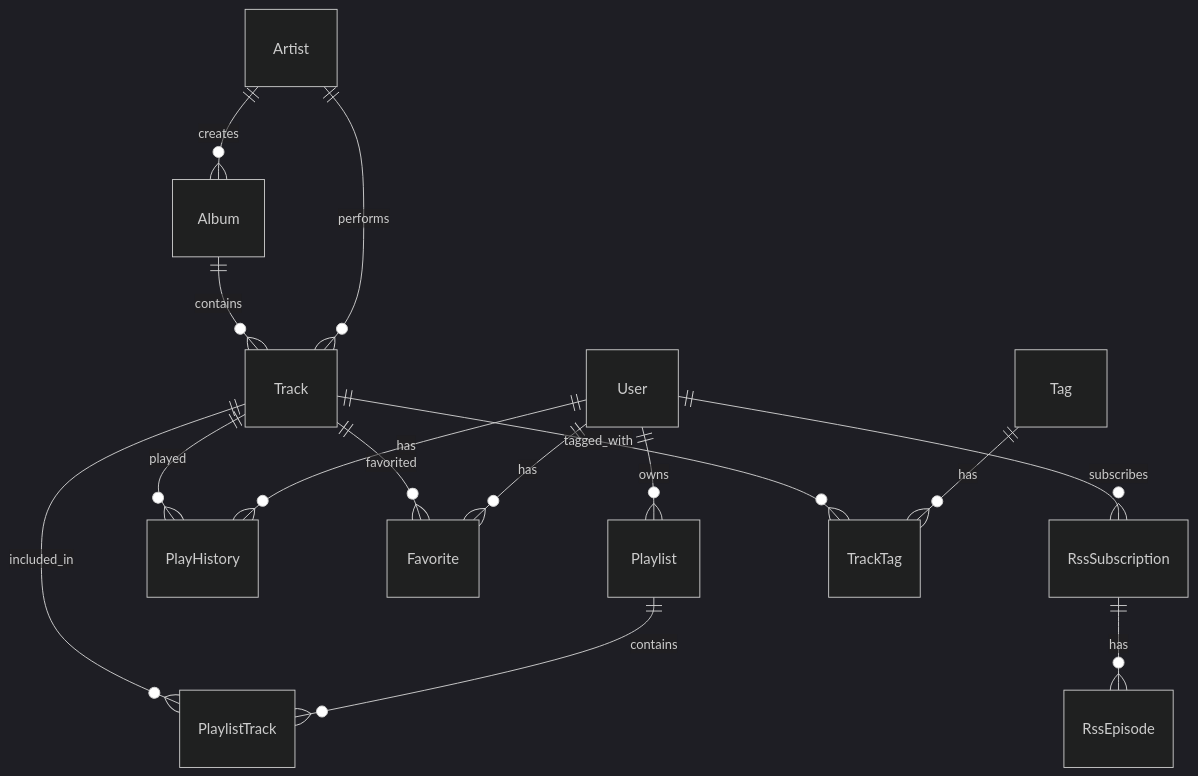
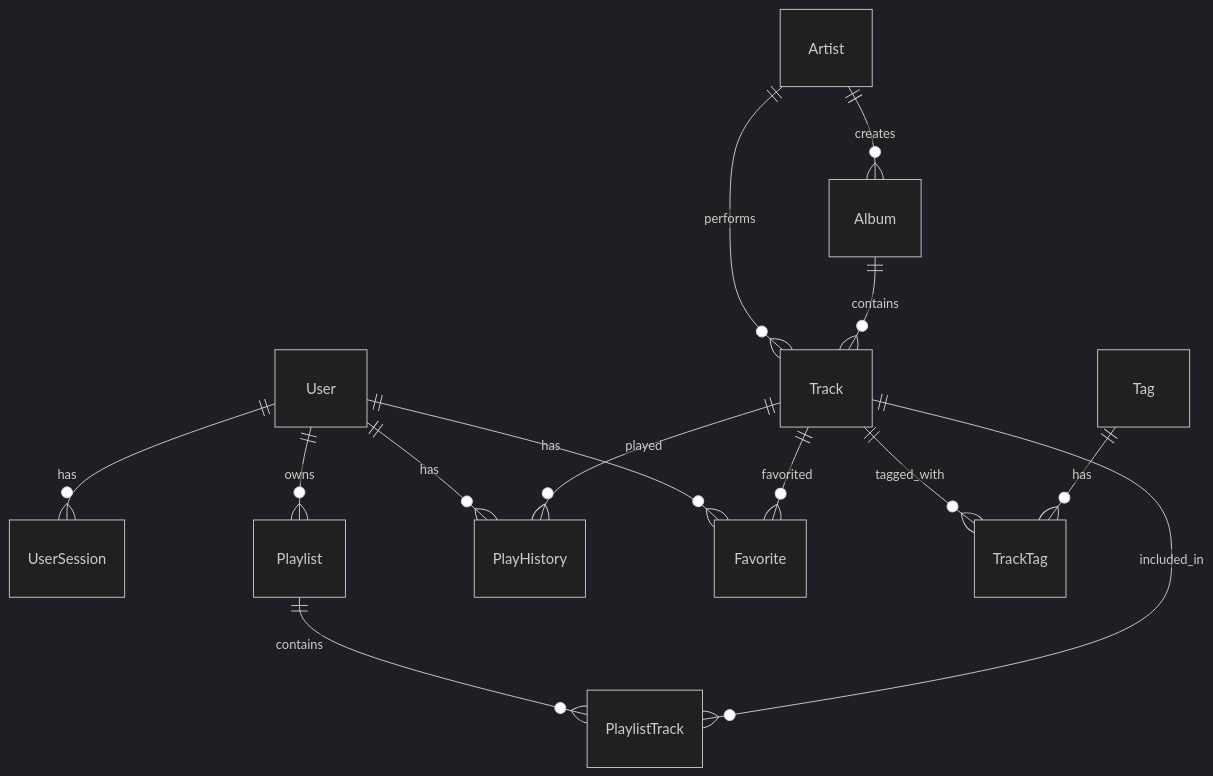
One commit to indie-geeker/Follow changed the third of 3 diagrams in follow-server/docs/technical-analysis.md. Above: the diagram before and after it, drawn with Mermaid (dark theme). The commit also changed other lines of this file and 275 other files, not shown here.

````diff
--- a/follow-server/docs/technical-analysis.md
+++ b/follow-server/docs/technical-analysis.md
@@ -321,23 +170,16 @@
 ```mermaid
 erDiagram
+    User ||--o{ UserSession : has
     User ||--o{ Playlist : owns
     User ||--o{ PlayHistory : has
     User ||--o{ Favorite : has
-    User ||--o{ RssSubscription : subscribes
-    
+    Artist ||--o{ Album : creates
     Artist ||--o{ Track : performs
-    Artist ||--o{ Album : creates
-    
     Album ||--o{ Track : contains
-    
     Playlist ||--o{ PlaylistTrack : contains
     Track ||--o{ PlaylistTrack : included_in
-    
     Track ||--o{ PlayHistory : played
     Track ||--o{ Favorite : favorited
-    
-    RssSubscription ||--o{ RssEpisode : has
-
+    Track ||--o{ TrackTag : tagged_with
     Tag ||--o{ TrackTag : has
-    Track ||--o{ TrackTag : tagged_with
 ```
````
